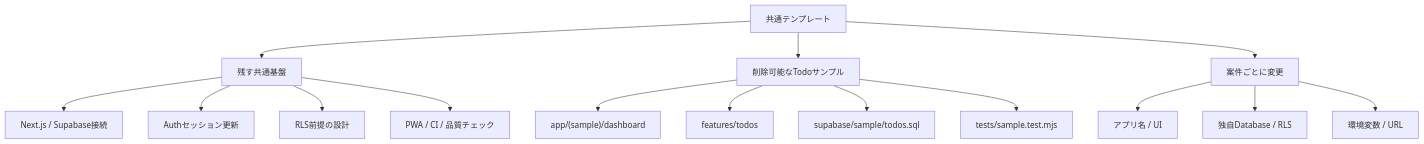
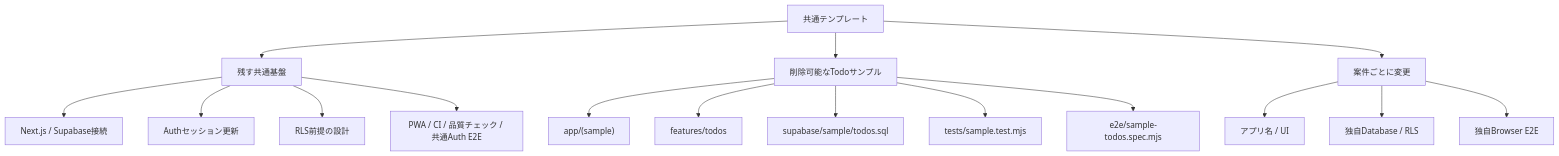
Before and after one commit to k-systems202208/nextjs-supabase-vercel-webapp-template: the first of 6 diagrams in docs/CUSTOMIZING.md, drawn with Mermaid. The commit also changed other lines of this file and 20 other files, not shown here.

````diff
--- a/docs/CUSTOMIZING.md
+++ b/docs/CUSTOMIZING.md
@@ -9,20 +9,21 @@
 ```mermaid
 flowchart TD
     T["共通テンプレート"] --> K["残す共通基盤"]
     T --> S["削除可能なTodoサンプル"]
     T --> C["案件ごとに変更"]
 
     K --> K1["Next.js / Supabase接続"]
     K --> K2["Authセッション更新"]
     K --> K3["RLS前提の設計"]
-    K --> K4["PWA / CI / 品質チェック"]
+    K --> K4["PWA / CI / 品質チェック / 共通Auth E2E"]
 
-    S --> S1["app/(sample)/dashboard"]
+    S --> S1["app/(sample)"]
     S --> S2["features/todos"]
     S --> S3["supabase/sample/todos.sql"]
     S --> S4["tests/sample.test.mjs"]
+    S --> S5["e2e/sample-todos.spec.mjs"]
 
     C --> C1["アプリ名 / UI"]
     C --> C2["独自Database / RLS"]
-    C --> C3["環境変数 / URL"]
+    C --> C3["独自Browser E2E"]
 ```
````
